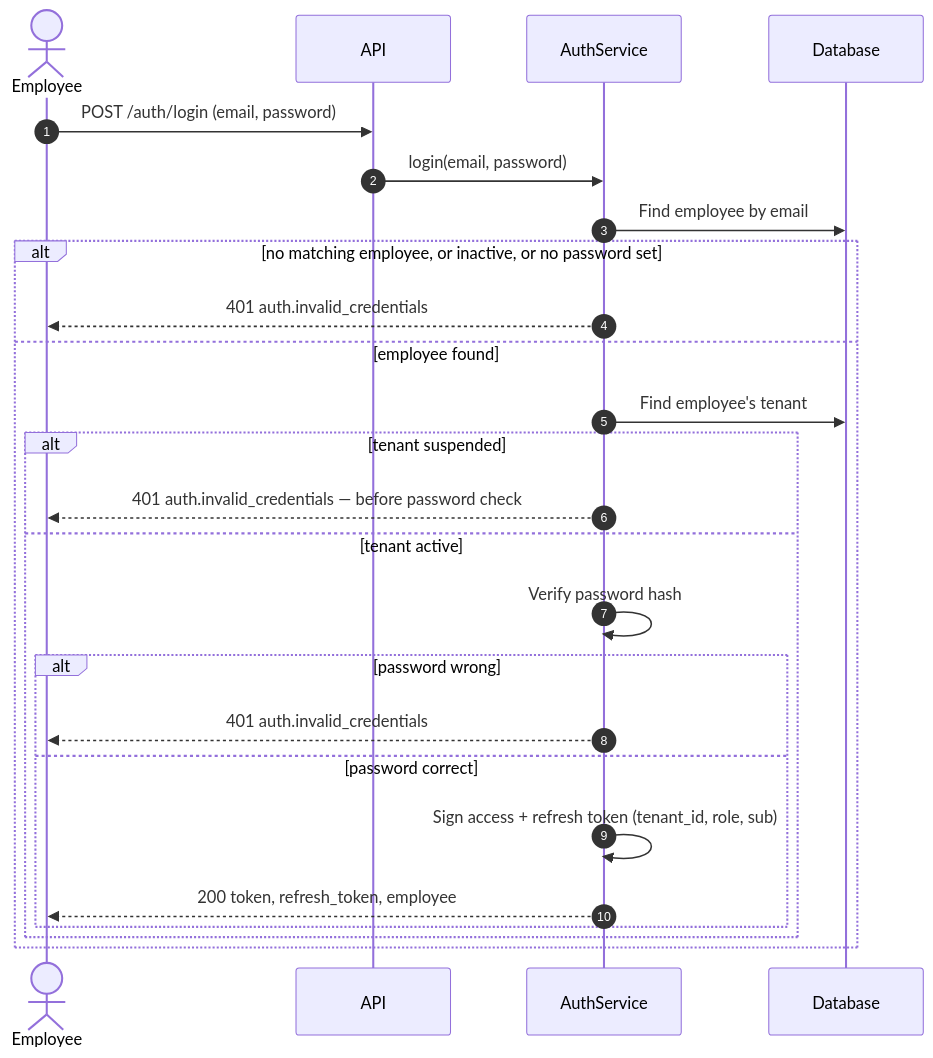
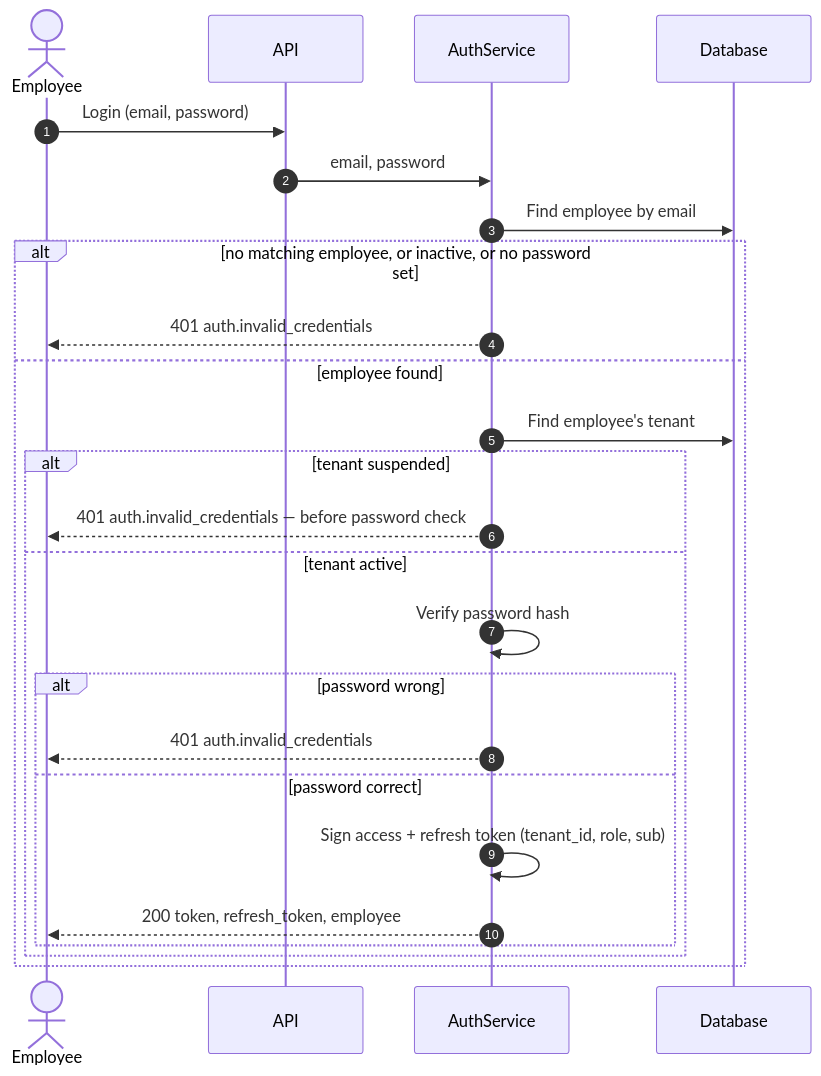
One commit to dDxCg/contrack changed the first of 12 diagrams in docs/08-sequence-diagram.md. Above: the diagram before and after it, drawn with Mermaid. The commit also changed other lines of this file and 2 other files, not shown here.

Commit message:
sync staled class diagram and sequence diagrams

````diff
--- a/docs/08-sequence-diagram.md
+++ b/docs/08-sequence-diagram.md
@@ -4,28 +4,28 @@
 ```mermaid
 sequenceDiagram
     autonumber
     actor Employee
     participant API
     participant AuthService
     participant DB as Database
 
-    Employee->>API: POST /auth/login (email, password)
-    API->>AuthService: login(email, password)
+    Employee->>API: Login (email, password)
+    API->>AuthService: email, password
     AuthService->>DB: Find employee by email
     alt no matching employee, or inactive, or no password set
         AuthService-->>Employee: 401 auth.invalid_credentials
     else employee found
         AuthService->>DB: Find employee's tenant
         alt tenant suspended
             AuthService-->>Employee: 401 auth.invalid_credentials — before password check
         else tenant active
             AuthService->>AuthService: Verify password hash
             alt password wrong
                 AuthService-->>Employee: 401 auth.invalid_credentials
             else password correct
                 AuthService->>AuthService: Sign access + refresh token (tenant_id, role, sub)
                 AuthService-->>Employee: 200 token, refresh_token, employee
             end
         end
     end
 ```
````
